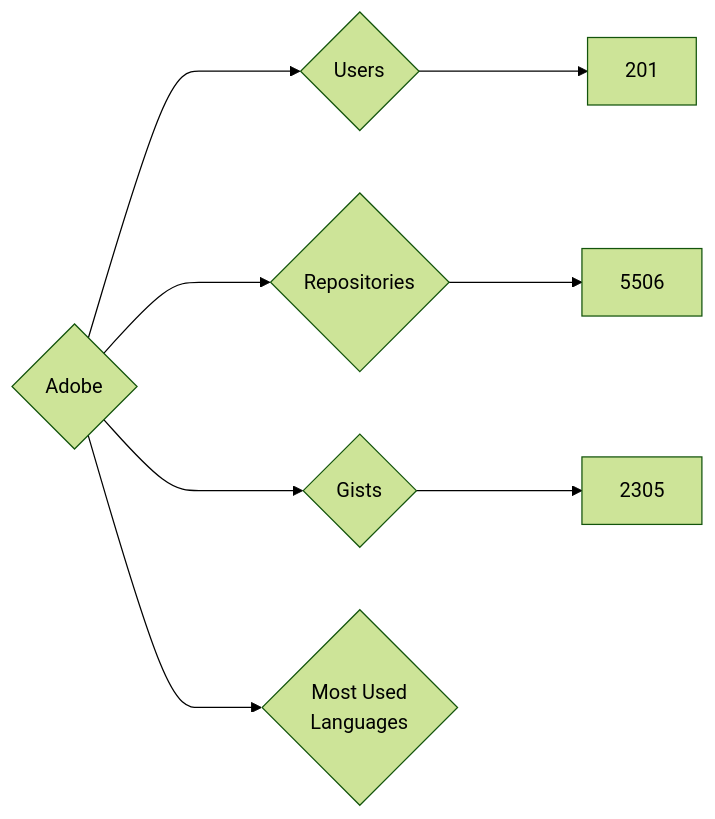
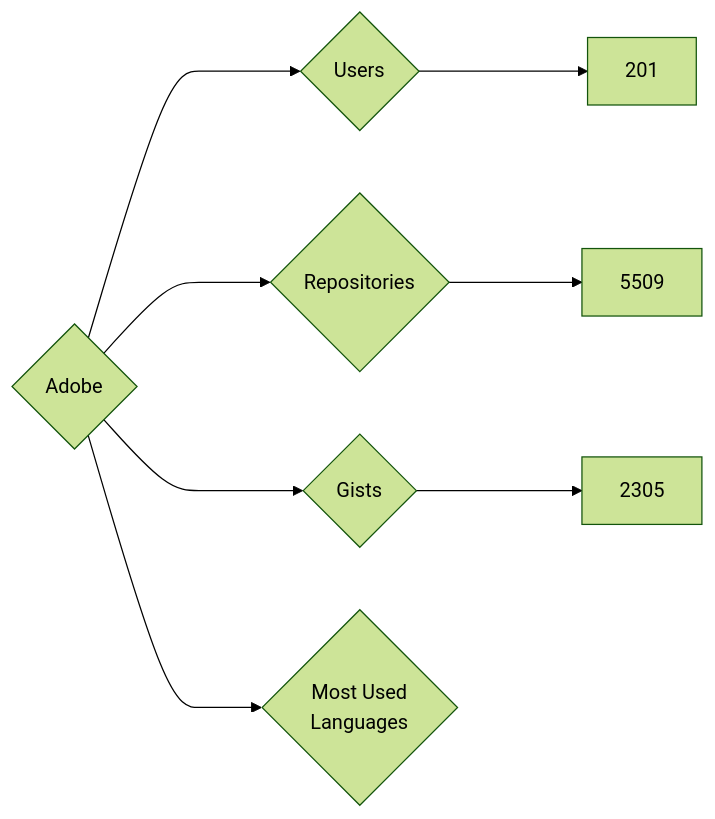
One commit to nenadzaric/insiders changed the diagram in targets/Adobe/README.md. Above: the diagram before and after it, drawn with Mermaid (forest theme). The commit also changed 27 other files, not shown here.

````diff
--- a/targets/Adobe/README.md
+++ b/targets/Adobe/README.md
@@ -3,8 +3,8 @@
 ```mermaid
 graph LR
 COMPANY_NAME{Adobe}
 COMPANY_NAME ---> U{Users} ---> UN[201]
-COMPANY_NAME ---> R{Repositories} ---> RN[5506]
+COMPANY_NAME ---> R{Repositories} ---> RN[5509]
 COMPANY_NAME ---> G{Gists} ---> GN[2305]
 COMPANY_NAME ---> ML{Most Used<br>Languages}
 ```
````
